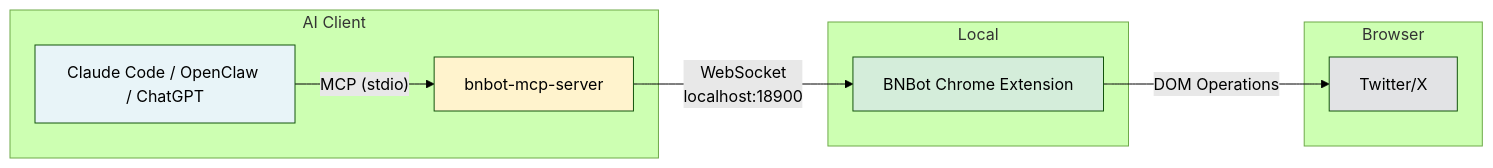
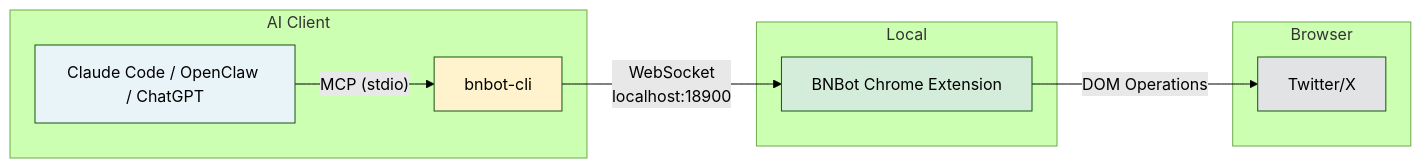
The diagram in README.md (jackleeio/bnbot-openclaw-skill), drawn with Mermaid (forest theme) before and after one commit. The commit also changed other lines of this file, not shown here.

First line of the commit message:
fix: update README - replace clawhub install with MCP config, fix naming

````diff
--- a/README.md
+++ b/README.md
@@ -22,17 +29,17 @@
 ```mermaid
 flowchart LR
     subgraph "AI Client"
-        A[Claude Code / OpenClaw / ChatGPT] -->|"MCP (stdio)"| B[bnbot-mcp-server]
+        A[Claude Code / OpenClaw / ChatGPT] -->|"MCP (stdio)"| B[bnbot-cli]
     end
     subgraph Local
         B -->|"WebSocket\nlocalhost:18900"| C[BNBot Chrome Extension]
     end
     subgraph Browser
         C -->|"DOM Operations"| D[Twitter/X]
     end
 
     style A fill:#e8f4f8
     style B fill:#fff3cd
     style C fill:#d4edda
     style D fill:#e2e3e5
 ```
````
